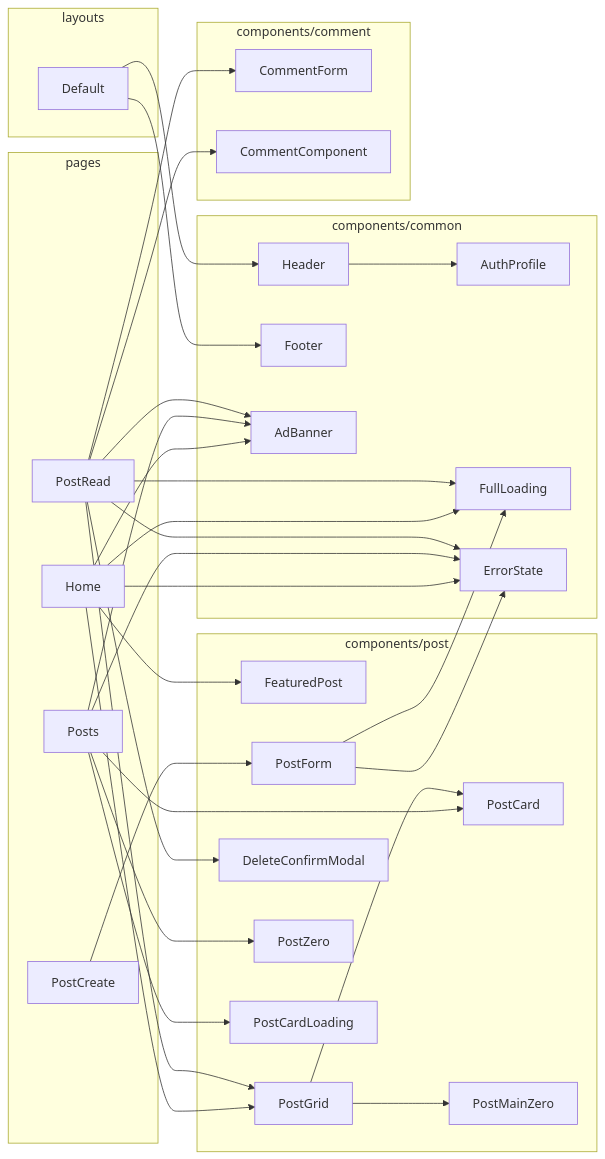
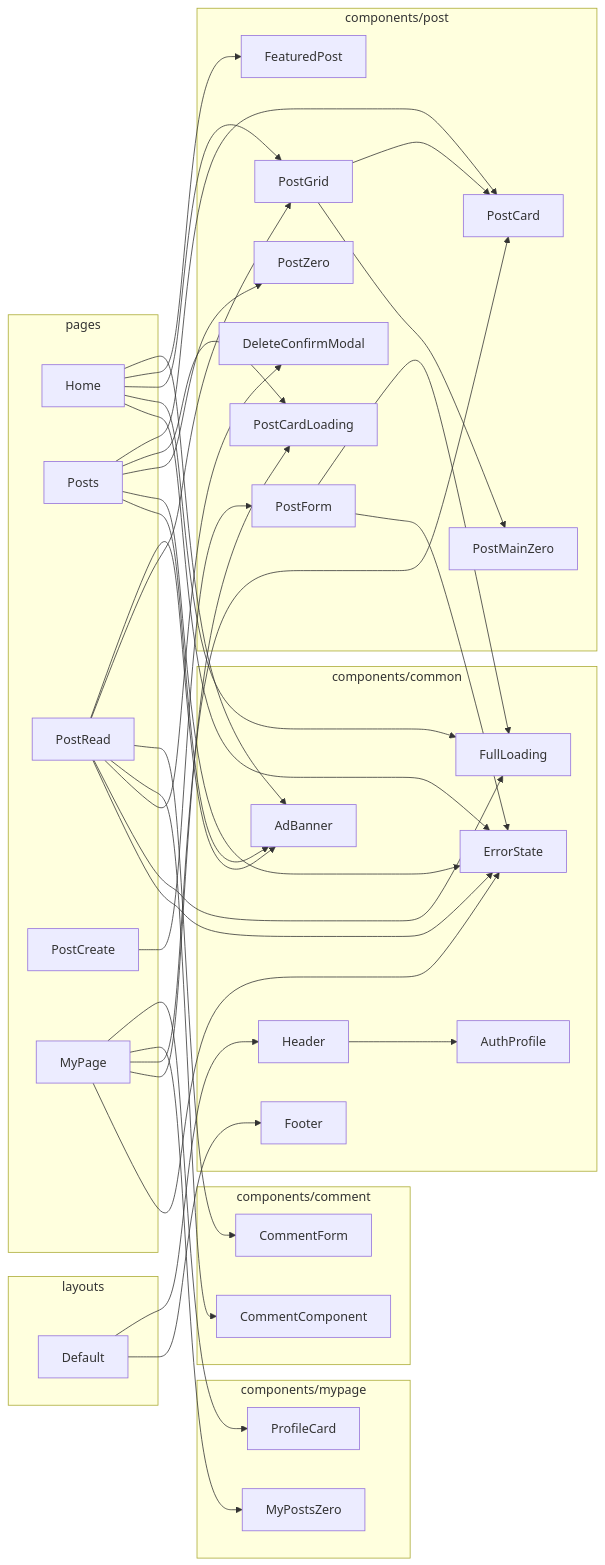
The second of 5 diagrams in docs/architecture.md (chayoungsim/sucoding), drawn with Mermaid before and after one commit. The commit also changed other lines of this file and 1 other file, not shown here.

Commit message:
마이페이지 기획 문서와 아키텍처 문서 갱신
PRD에 마이페이지 범위·사용자 스토리·대상 파일·API 한계를 추가하고,
architecture 다이어그램에 /mypage 라우트와 컴포넌트 의존 관계를 반영했다.

````diff
--- a/docs/architecture.md
+++ b/docs/architecture.md
@@ -36,69 +37,81 @@
 ```mermaid
 flowchart LR
   subgraph layout["layouts"]
     Default
   end
 
   subgraph pages["pages"]
     Home
     Posts
     PostRead
     PostCreate
+    MyPage
   end
 
   subgraph common["components/common"]
     Header
     Footer
     AuthProfile
     AdBanner
     FullLoading
     ErrorState
   end
 
   subgraph post["components/post"]
     FeaturedPost
     PostGrid
     PostCard
     PostForm
     DeleteConfirmModal
     PostMainZero
     PostZero
     PostCardLoading
   end
 
   subgraph comment["components/comment"]
     CommentForm
     CommentComponent
+  end
+
+  subgraph mypage["components/mypage"]
+    ProfileCard
+    MyPostsZero
   end
 
   Default --> Header
   Default --> Footer
   Header --> AuthProfile
 
   Home --> AdBanner
   Home --> FeaturedPost
   Home --> PostGrid
   Home --> FullLoading
   Home --> ErrorState
 
   Posts --> PostCard
   Posts --> PostCardLoading
   Posts --> PostZero
   Posts --> ErrorState
   Posts --> AdBanner
 
   PostRead --> AdBanner
   PostRead --> PostGrid
   PostRead --> CommentForm
   PostRead --> CommentComponent
   PostRead --> DeleteConfirmModal
   PostRead --> FullLoading
   PostRead --> ErrorState
 
   PostCreate --> PostForm
   PostForm --> FullLoading
   PostForm --> ErrorState
 
+  MyPage --> ProfileCard
+  MyPage --> MyPostsZero
+  MyPage --> PostCard
+  MyPage --> PostCardLoading
+  MyPage --> ErrorState
+
   PostGrid --> PostCard
   PostGrid --> PostMainZero
 ```
````
